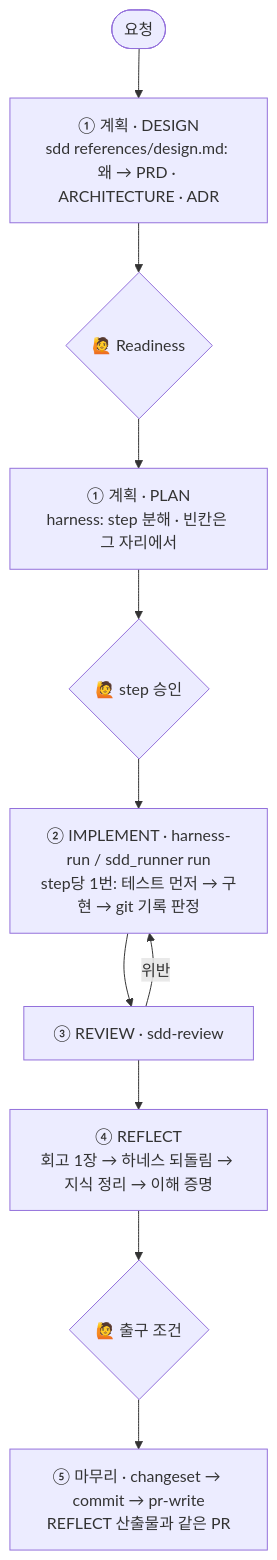
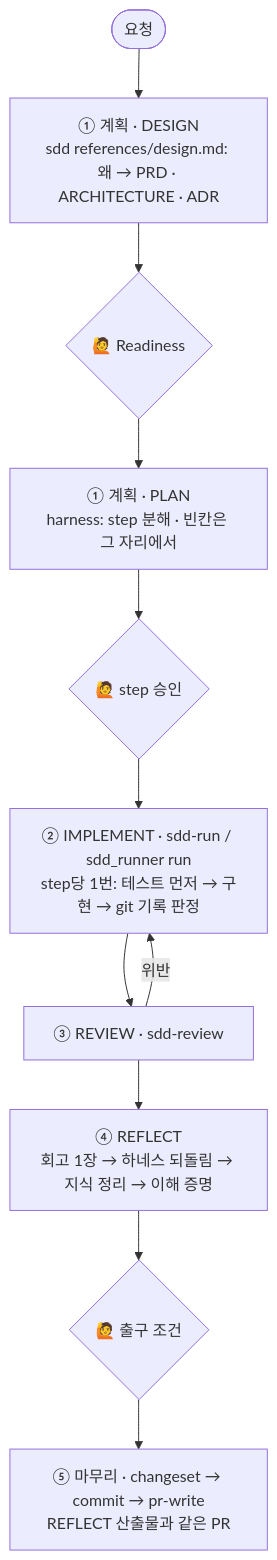
The diagram in README.md (jtwjs/claude-harness), drawn with Mermaid before and after one commit. The commit also changed other lines of this file and 23 other files, not shown here.

First line of the commit message:
feat: step 2 — rename-harness-run-to-sdd-run

````diff
--- a/README.md
+++ b/README.md
@@ -45,13 +45,13 @@
 ```mermaid
 flowchart TD
   A([요청]) --> D["① 계획 · DESIGN<br/>sdd references/design.md: 왜 → PRD · ARCHITECTURE · ADR"]
   D --> RD{🙋 Readiness}
   RD --> H["① 계획 · PLAN<br/>harness: step 분해 · 빈칸은 그 자리에서"]
   H --> G{🙋 step 승인}
-  G --> R["② IMPLEMENT · harness-run / sdd_runner run<br/>step당 1번: 테스트 먼저 → 구현 → git 기록 판정"]
+  G --> R["② IMPLEMENT · sdd-run / sdd_runner run<br/>step당 1번: 테스트 먼저 → 구현 → git 기록 판정"]
   R --> V["③ REVIEW · sdd-review"]
   V -->|위반| R
   V --> F["④ REFLECT<br/>회고 1장 → 하네스 되돌림 → 지식 정리 → 이해 증명"]
   F --> X{🙋 출구 조건}
   X --> P["⑤ 마무리 · changeset → commit → pr-write<br/>REFLECT 산출물과 같은 PR"]
 ```
````
